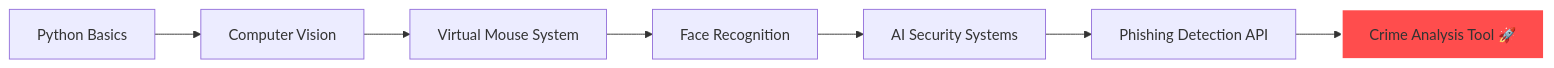
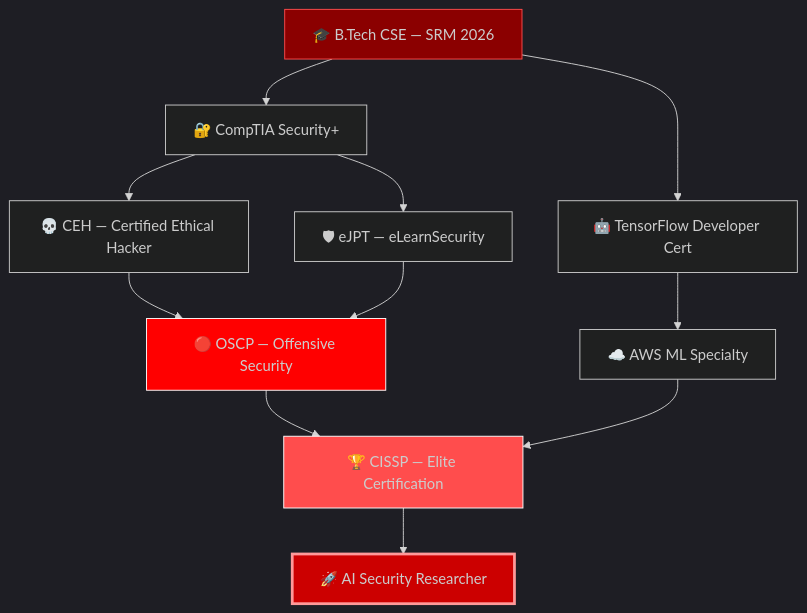
Before and after one commit to dsaisrih/dsaisrih: the second of 2 diagrams in README.md, drawn with Mermaid. The commit also changed other lines of this file, not shown here.

````diff
--- a/README.md
+++ b/README.md
@@ -59,11 +306,19 @@
 ```mermaid
-graph LR
-    A[Python Basics] --> B[Computer Vision]
-    B --> C[Virtual Mouse System]
-    C --> D[Face Recognition]
-    D --> E[AI Security Systems]
-    E --> F[Phishing Detection API]
-    F --> G[Crime Analysis Tool 🚀]
-    
-    style G fill:#ff4d4d,stroke:#fff,stroke-width:2px
+%%{init: {'theme': 'dark'}}%%
+graph TD
+    A[🎓 B.Tech CSE — SRM 2026] --> B[🔐 CompTIA Security+]
+    A --> C[🤖 TensorFlow Developer Cert]
+    B --> D[💀 CEH — Certified Ethical Hacker]
+    B --> E[🛡 eJPT — eLearnSecurity]
+    D --> F[🔴 OSCP — Offensive Security]
+    E --> F
+    C --> G[☁️ AWS ML Specialty]
+    F --> H[🏆 CISSP — Elite Certification]
+    G --> H
+    H --> I[🚀 AI Security Researcher]
+
+    style A fill:#8b0000,stroke:#ff4d4d
+    style F fill:#ff0000,stroke:#fff
+    style H fill:#ff4d4d,stroke:#fff
+    style I fill:#cc0000,stroke:#ff9999,stroke-width:3px
 ```
````
